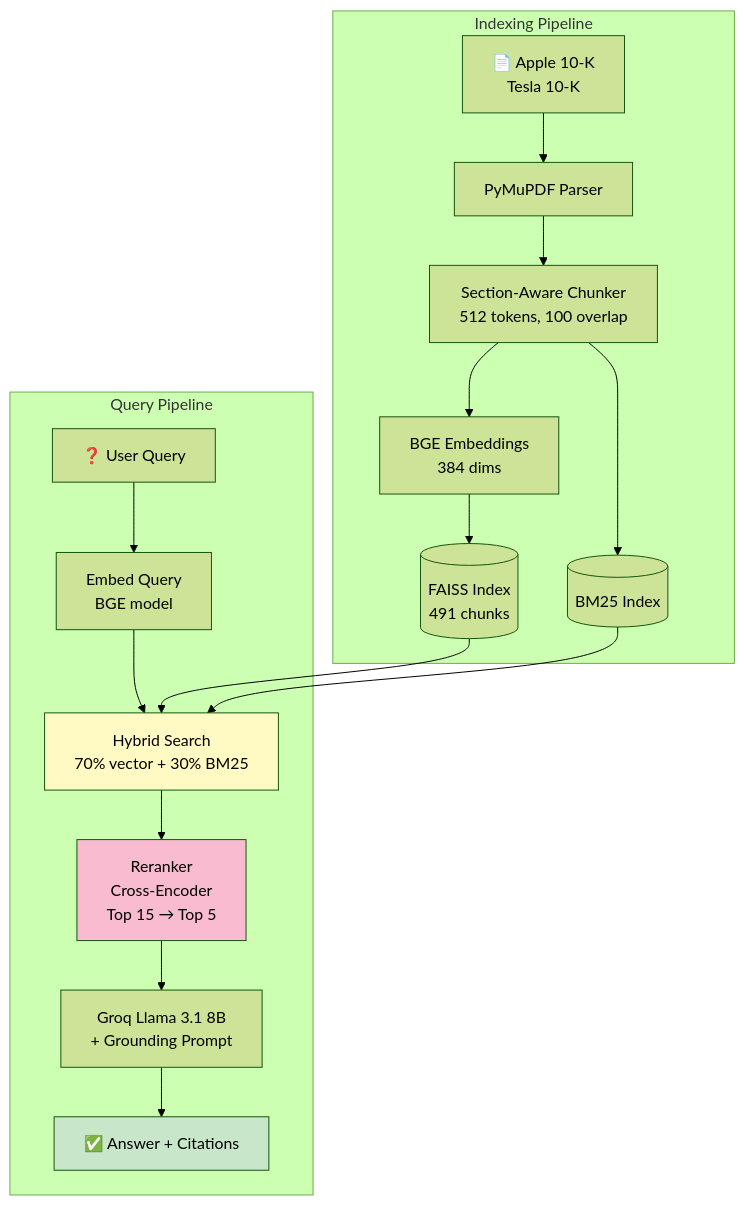
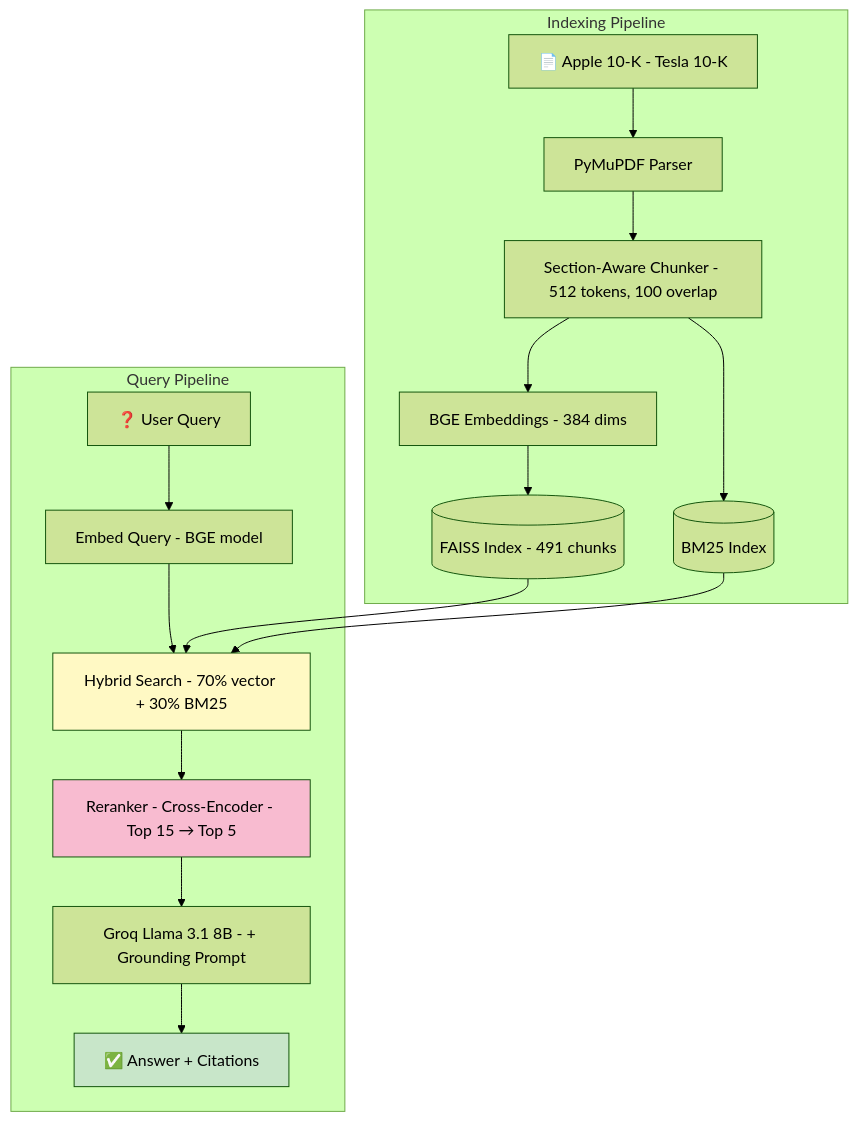
Before and after one commit to indhra/llm_rag_sec_findings: the third of 15 diagrams in docs/learning/03-rag-fundamentals.md, drawn with Mermaid (forest theme). The commit also changed other lines of this file and 9 other files, not shown here.

````diff
--- a/docs/learning/03-rag-fundamentals.md
+++ b/docs/learning/03-rag-fundamentals.md
@@ -98,24 +98,24 @@
 ```mermaid
 graph TB
     subgraph "Indexing Pipeline"
-        D1[📄 Apple 10-K<br/>Tesla 10-K] --> P[PyMuPDF Parser]
-        P --> C[Section-Aware Chunker<br/>512 tokens, 100 overlap]
-        C --> E[BGE Embeddings<br/>384 dims]
-        E --> V[(FAISS Index<br/>491 chunks)]
+        D1[📄 Apple 10-K - Tesla 10-K] --> P[PyMuPDF Parser]
+        P --> C[Section-Aware Chunker - 512 tokens, 100 overlap]
+        C --> E[BGE Embeddings - 384 dims]
+        E --> V[(FAISS Index - 491 chunks)]
         C --> B[(BM25 Index)]
     end
     
     subgraph "Query Pipeline"
-        Q[❓ User Query] --> Q1[Embed Query<br/>BGE model]
-        Q1 --> H[Hybrid Search<br/>70% vector + 30% BM25]
+        Q[❓ User Query] --> Q1[Embed Query - BGE model]
+        Q1 --> H[Hybrid Search - 70% vector + 30% BM25]
         V --> H
         B --> H
-        H --> R[Reranker<br/>Cross-Encoder<br/>Top 15 → Top 5]
-        R --> LLM[Groq Llama 3.1 8B<br/>+ Grounding Prompt]
+        H --> R[Reranker - Cross-Encoder - Top 15 → Top 5]
+        R --> LLM[Groq Llama 3.1 8B - + Grounding Prompt]
         LLM --> A[✅ Answer + Citations]
     end
     
     style H fill:#fff9c4
     style R fill:#f8bbd0
     style A fill:#c8e6c9
 ```
````
